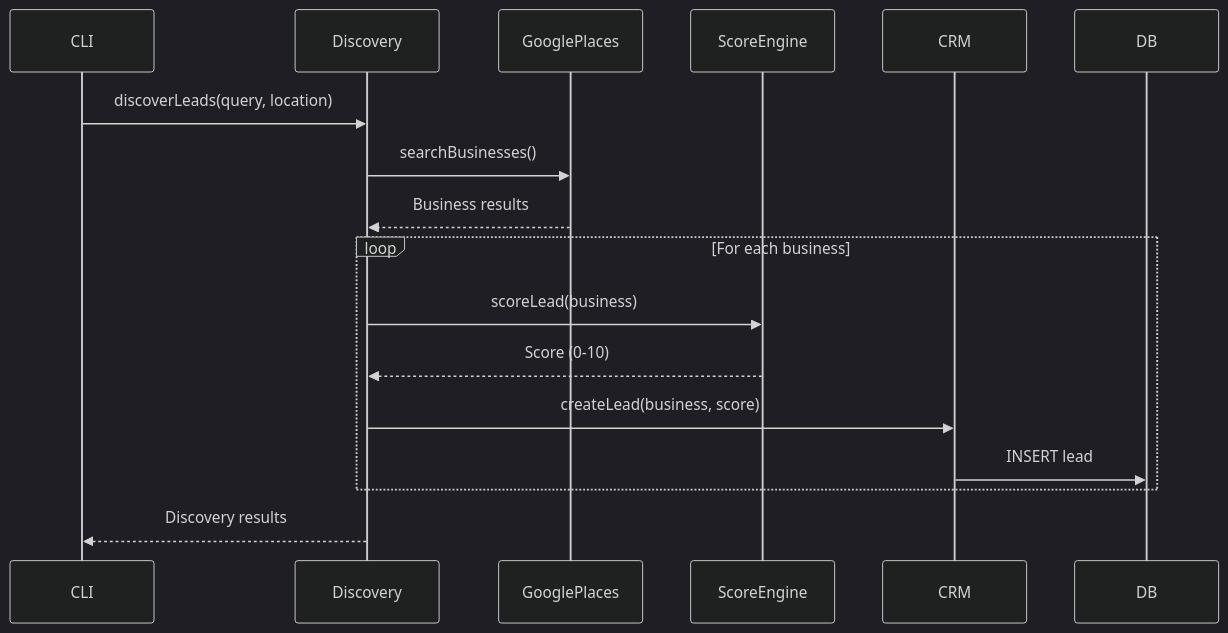
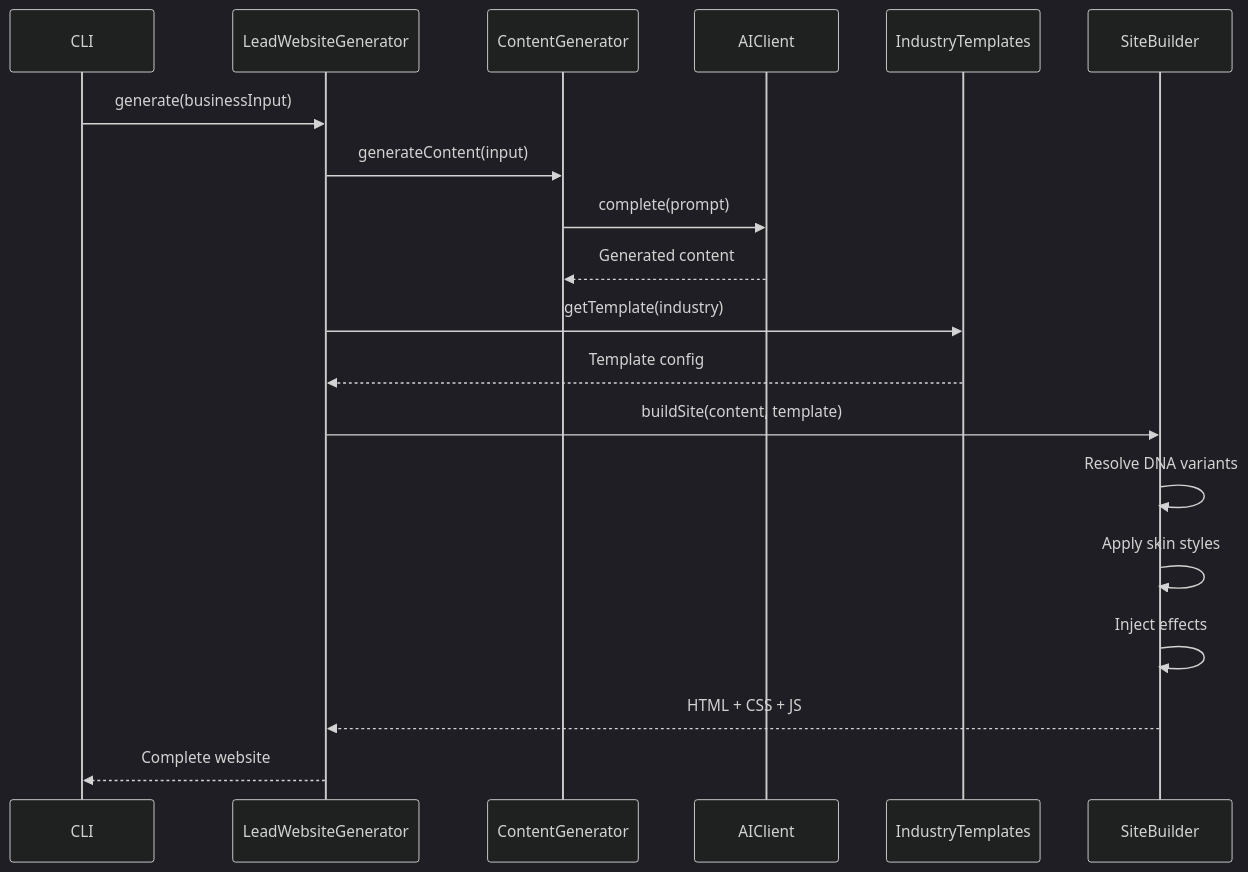
Before and after one commit to isethius/Autowebsites: the second of 4 diagrams in docs/CODEBASE_MAP.md, drawn with Mermaid (dark theme). The commit also changed other lines of this file, not shown here.

First line of the commit message:
Update codebase map with new modules and architecture

````diff
--- a/docs/CODEBASE_MAP.md
+++ b/docs/CODEBASE_MAP.md
@@ -337,22 +587,25 @@
 ```mermaid
 sequenceDiagram
     participant CLI
-    participant Discovery
-    participant GooglePlaces
-    participant ScoreEngine
-    participant CRM
-    participant DB
+    participant Generator as LeadWebsiteGenerator
+    participant ContentGen as ContentGenerator
+    participant AI as AIClient
+    participant Templates as IndustryTemplates
+    participant Builder as SiteBuilder
 
-    CLI->>Discovery: discoverLeads(query, location)
-    Discovery->>GooglePlaces: searchBusinesses()
-    GooglePlaces-->>Discovery: Business results
+    CLI->>Generator: generate(businessInput)
+    Generator->>ContentGen: generateContent(input)
+    ContentGen->>AI: complete(prompt)
+    AI-->>ContentGen: Generated content
 
-    loop For each business
-        Discovery->>ScoreEngine: scoreLead(business)
-        ScoreEngine-->>Discovery: Score (0-10)
-        Discovery->>CRM: createLead(business, score)
-        CRM->>DB: INSERT lead
-    end
+    Generator->>Templates: getTemplate(industry)
+    Templates-->>Generator: Template config
 
-    Discovery-->>CLI: Discovery results
+    Generator->>Builder: buildSite(content, template)
+    Builder->>Builder: Resolve DNA variants
+    Builder->>Builder: Apply skin styles
+    Builder->>Builder: Inject effects
+
+    Builder-->>Generator: HTML + CSS + JS
+    Generator-->>CLI: Complete website
 ```
````
